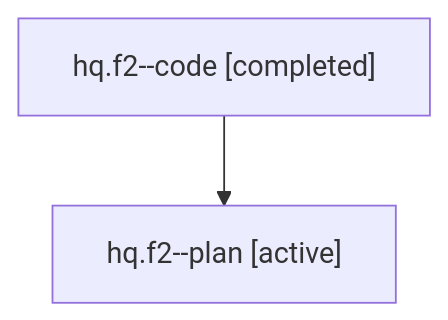
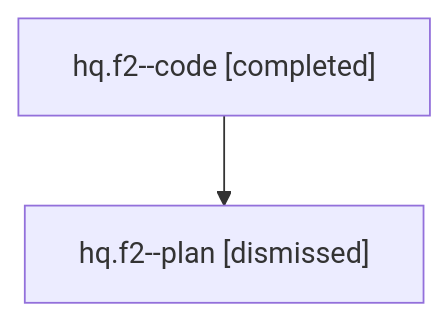
Before and after one commit to sase-org/sase--agents: the diagram in sessions/bbugyi200.athena.hq.f2.md, drawn with Mermaid. The commit also changed other lines of this file and 39 other files, not shown here.

````diff
--- a/sessions/bbugyi200.athena.hq.f2.md
+++ b/sessions/bbugyi200.athena.hq.f2.md
@@ -9,6 +9,6 @@
 ```mermaid
 flowchart TD
   n0["hq.f2--code [completed]"]
-  n1["hq.f2--plan [active]"]
+  n1["hq.f2--plan [dismissed]"]
   n0 --> n1
 ```
````
